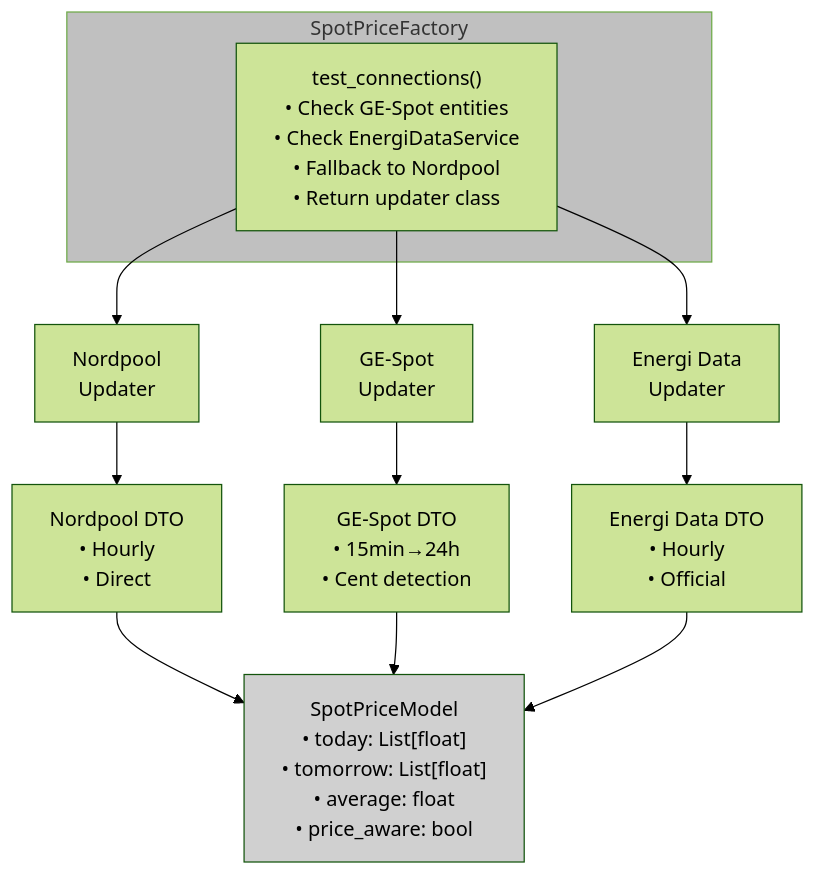
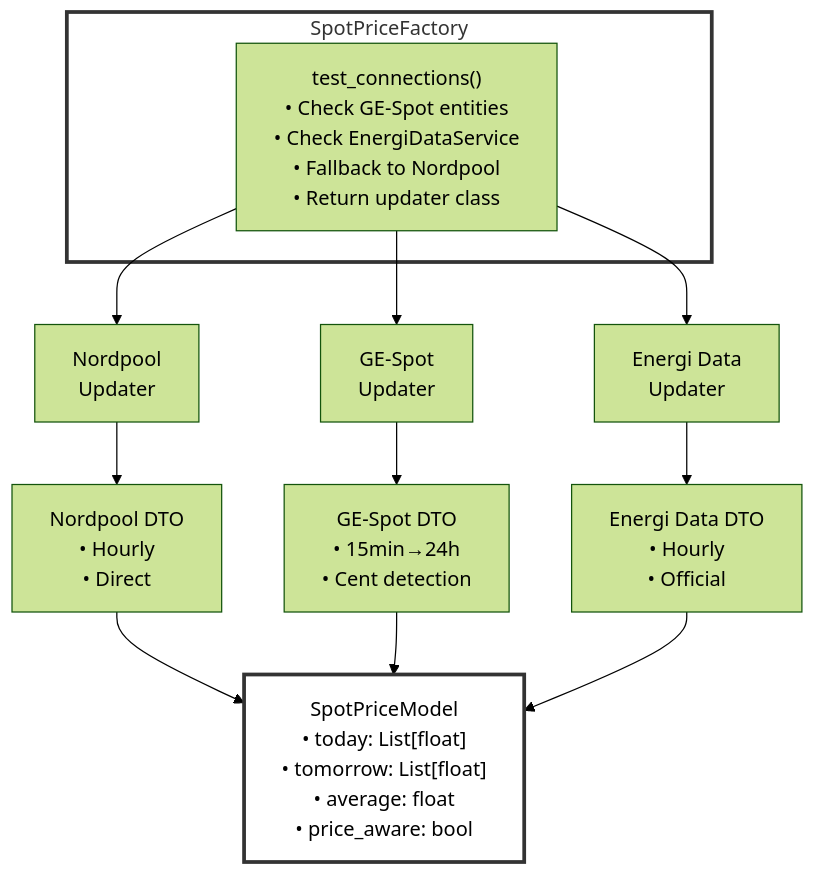
The diagram in docs/spotprice/README.md (elden1337/peaqev-core), drawn with Mermaid (forest theme) before and after one commit. The commit also changed 2 other files, not shown here.

Commit message:
docs: Improve Mermaid diagram contrast and readability
- Remove background fills from most boxes
- Use white backgrounds with bold black borders for key components
- Highlight only critical elements (Factory, Model)
- Significantly improves text readability
- Better contrast on all backgrounds

````diff
--- a/docs/spotprice/README.md
+++ b/docs/spotprice/README.md
@@ -80,21 +80,21 @@
 ```mermaid
 graph TB
     subgraph Factory["SpotPriceFactory"]
         TC["test_connections()<br/>• Check GE-Spot entities<br/>• Check EnergiDataService<br/>• Fallback to Nordpool<br/>• Return updater class"]
     end
     
     TC --> NordpoolUpd["Nordpool<br/>Updater"]
     TC --> GESpotUpd["GE-Spot<br/>Updater"]
     TC --> EDSUpd["Energi Data<br/>Updater"]
     
     NordpoolUpd --> NordpoolDTO["Nordpool DTO<br/>• Hourly<br/>• Direct"]
     GESpotUpd --> GESpotDTO["GE-Spot DTO<br/>• 15min→24h<br/>• Cent detection"]
     EDSUpd --> EDSDTO["Energi Data DTO<br/>• Hourly<br/>• Official"]
     
     NordpoolDTO --> Model["SpotPriceModel<br/>• today: List[float]<br/>• tomorrow: List[float]<br/>• average: float<br/>• price_aware: bool"]
     GESpotDTO --> Model
     EDSDTO --> Model
     
-    style Factory fill:#c0c0c0
-    style Model fill:#d0d0d0
+    style Factory fill:#fff,stroke:#333,stroke-width:3px
+    style Model fill:#fff,stroke:#333,stroke-width:3px
 ```
````
